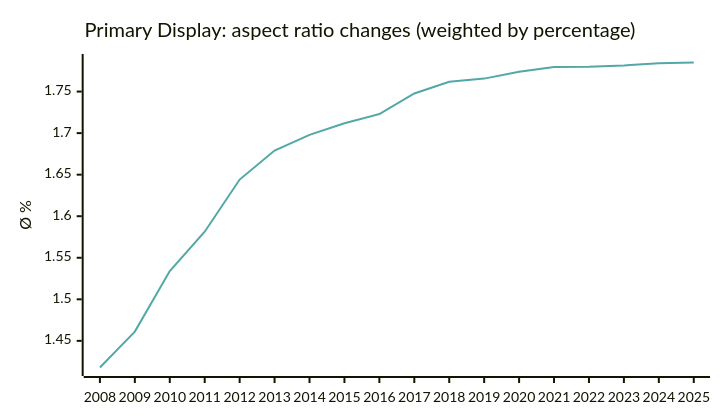
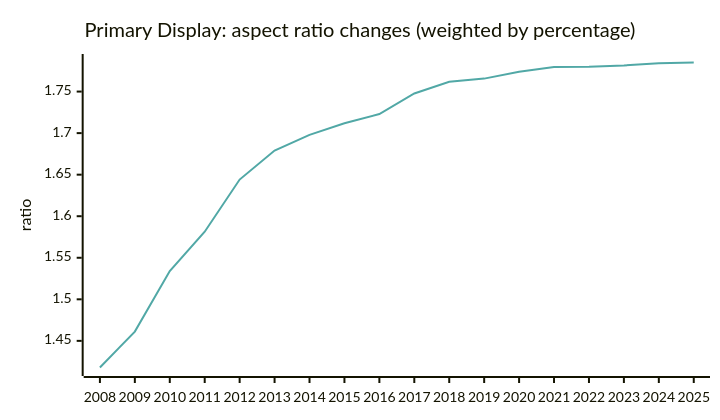
Before and after one commit to jdegene/steamHWsurvey: diagram 11 of 13 in README.md, drawn with Mermaid. The commit also changed other lines of this file and 1 other file, not shown here.

Commit message:
added ratio graph

````diff
--- a/README.md
+++ b/README.md
@@ -321,19 +356,19 @@
 ```mermaid
 ---
 config:
     xyChart:
         width: 700
         height: 400
         
     themeVariables:
         xyChart:
             plotColorPalette: "#51a8a6"
 
 --- 
 
 xychart-beta
     title "Primary Display: aspect ratio changes (weighted by percentage)"
     x-axis [2008, 2009, 2010, 2011, 2012, 2013, 2014, 2015, 2016, 2017, 2018, 2019, 2020, 2021, 2022, 2023, 2024, 2025]
-    y-axis "Ø %" 
+    y-axis "ratio" 
     line [1.417941306228879, 1.4611567835141763, 1.533974920001756, 1.5813610553330728, 1.6441197983994256, 1.6789673069298932, 1.6979525680775114, 1.7118873828122096, 1.7229454013771042, 1.7476951638068883, 1.7618596685661352, 1.765595772113996, 1.7737831941811184, 1.7794489740395185, 1.7798889098601134, 1.7814503174534728, 1.784019854809584, 1.7849837780465507]
 ``` 
````
